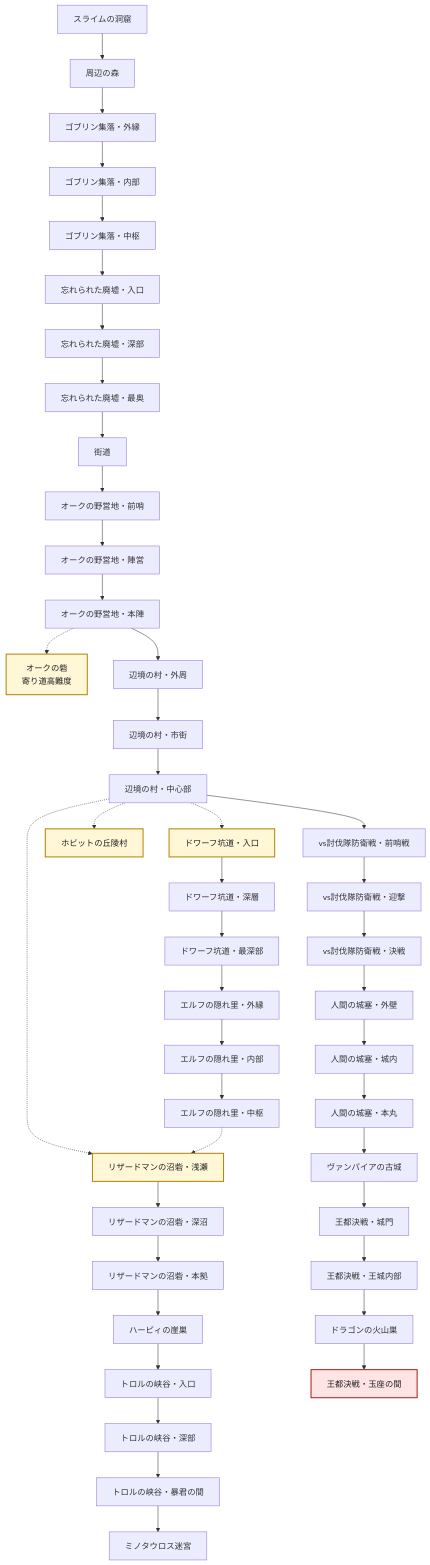
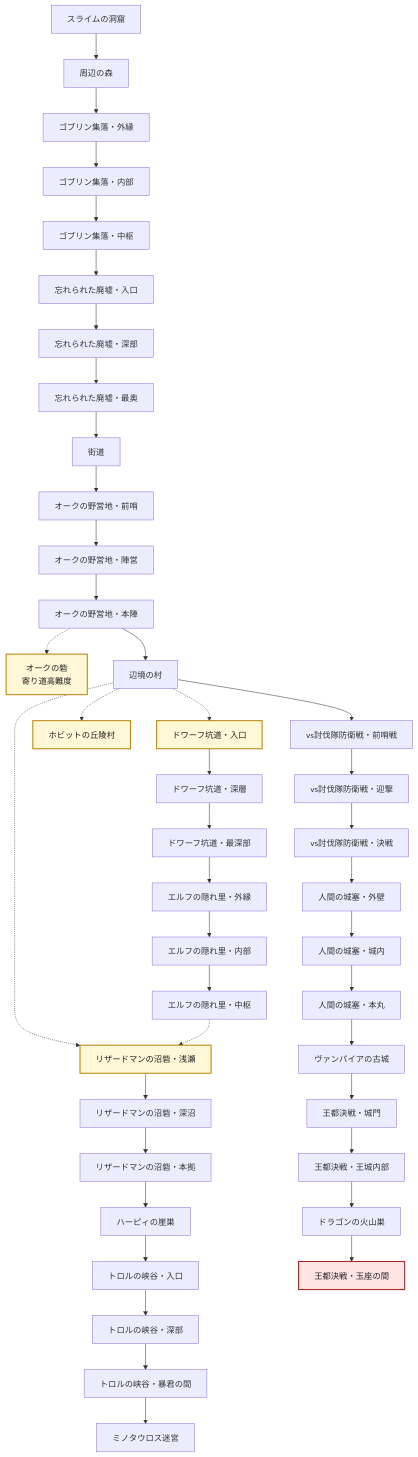
Before and after one commit to astapi/gobkin: the diagram in goblin_native/docs/expedition_unlock_routes.md, drawn with Mermaid. The commit also changed 15 other files, not shown here.

```diff
--- a/goblin_native/docs/expedition_unlock_routes.md
+++ b/goblin_native/docs/expedition_unlock_routes.md
@@ -29,9 +29,7 @@
   subjugation_force_1["vs討伐隊防衛戦・前哨戦"]
   subjugation_force_2["vs討伐隊防衛戦・迎撃"]
   subjugation_force_3["vs討伐隊防衛戦・決戦"]
-  human_village_1["辺境の村・外周"]
-  human_village_2["辺境の村・市街"]
-  human_village_3["辺境の村・中心部"]
+  human_village["辺境の村"]
   hobbit_hills_1["ホビットの丘陵村"]
   dwarf_mine_1["ドワーフ坑道・入口"]
   dwarf_mine_2["ドワーフ坑道・深層"]
@@ -67,14 +65,12 @@
   road_1 --> orc_camp_1
   orc_camp_1 --> orc_camp_2
   orc_camp_2 --> orc_camp_3
-  orc_camp_3 --> human_village_1
+  orc_camp_3 --> human_village
   orc_camp_3 -.-> orc_fortress_1
-  human_village_1 --> human_village_2
-  human_village_2 --> human_village_3
-  human_village_3 --> subjugation_force_1
-  human_village_3 -.-> hobbit_hills_1
-  human_village_3 -.-> dwarf_mine_1
-  human_village_3 -.-> lizardman_swamp_1
+  human_village --> subjugation_force_1
+  human_village -.-> hobbit_hills_1
+  human_village -.-> dwarf_mine_1
+  human_village -.-> lizardman_swamp_1
   subjugation_force_1 --> subjugation_force_2
   subjugation_force_2 --> subjugation_force_3
   subjugation_force_3 --> human_fortress_1
```
